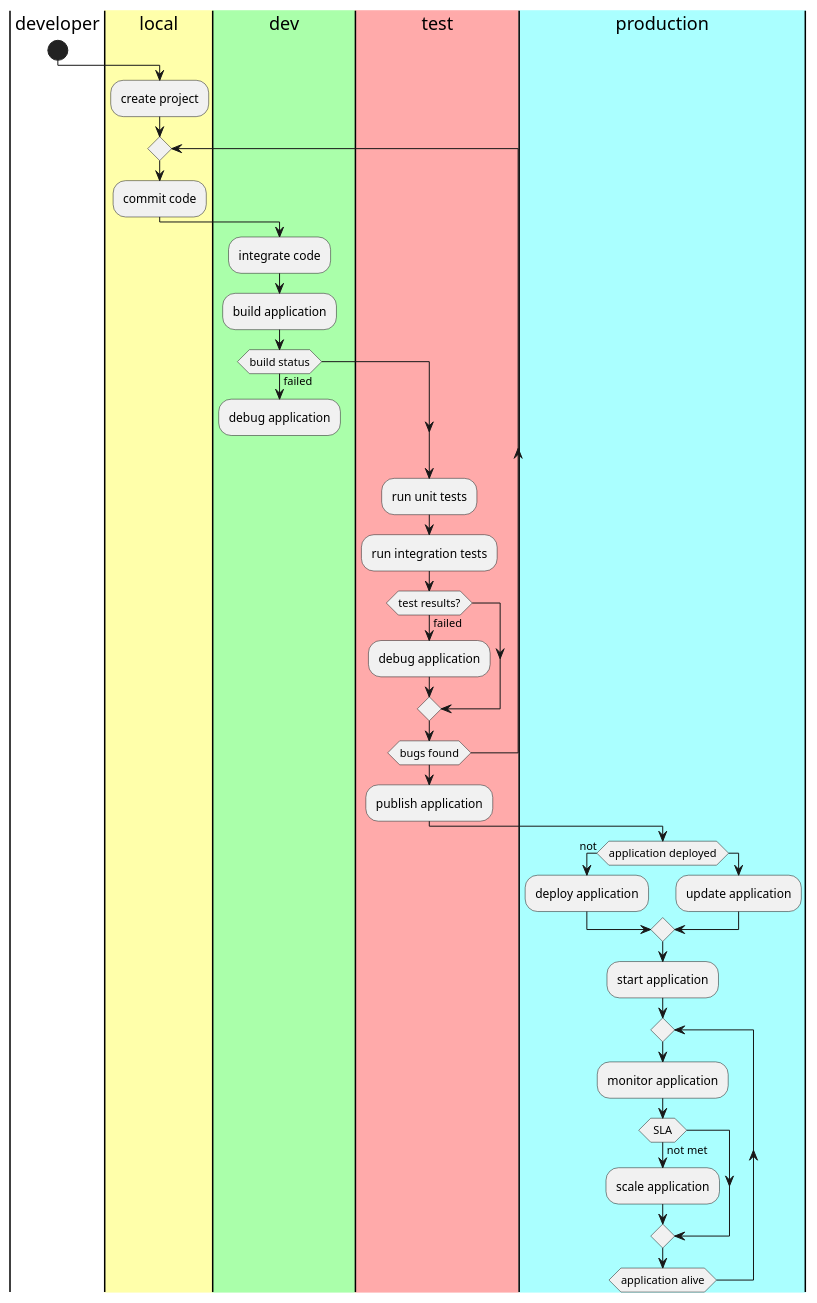
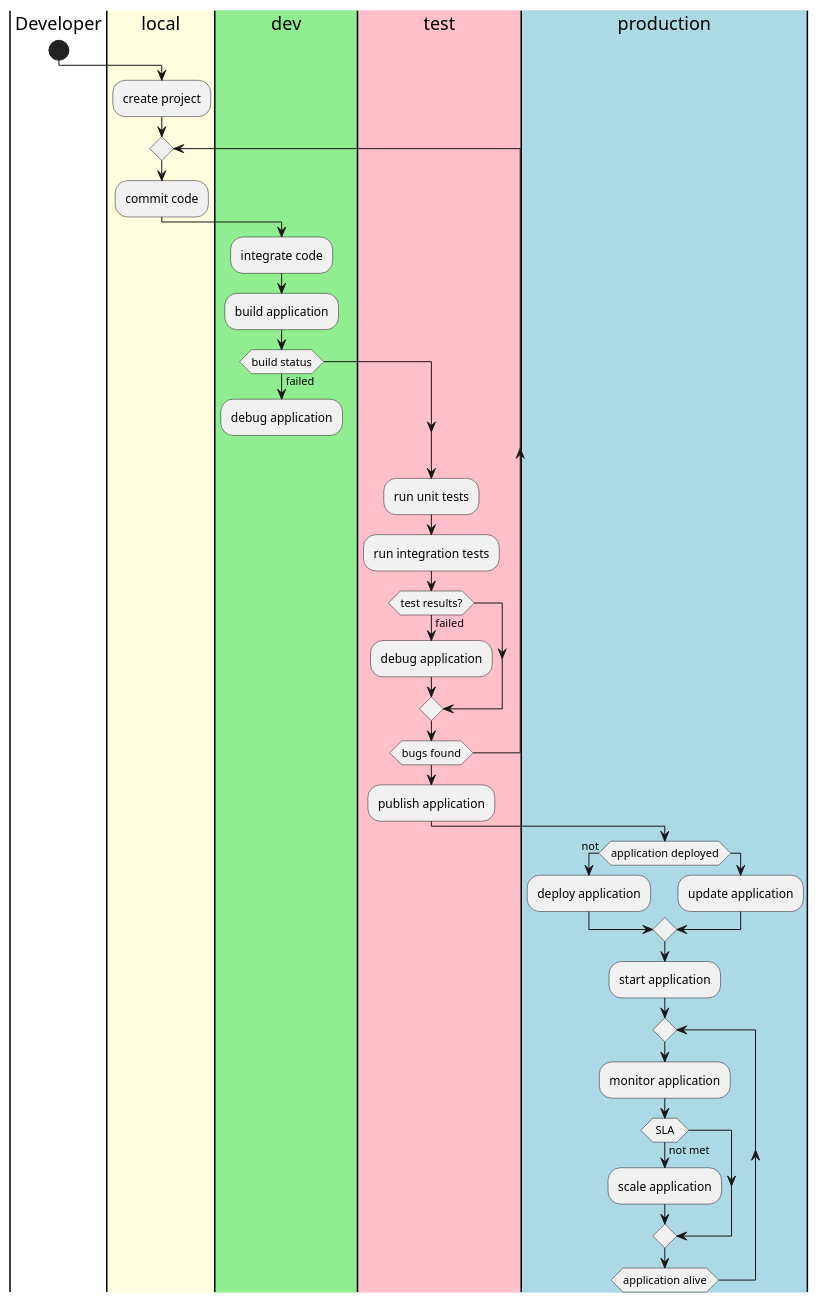
Before and after one commit to CAADE/CAADE: the diagram in docs/Solution/Process.puml, drawn with PlantUML. The commit also changed 487 other files, not shown here.

```diff
--- a/docs/Solution/Process.puml
+++ b/docs/Solution/Process.puml
@@ -1,36 +1,36 @@
 @startuml
-|developer|
+|Developer|
 start
-|#ffffaa|local|
+|#lightyellow|local|
         :create project;
         repeat
         :commit code;
-|#aaffaa|dev|
+|#lightgreen|dev|
         :integrate code;
         :build application;
         if(build status) then (failed)
             :debug application;
             detach
         endif
-|#ffaaaa|test|
+|#pink|test|
         :run unit tests;
         :run integration tests;
         if(test results?) then (failed)
             :debug application;
         endif
         repeat while(bugs found)
         :publish application;
-|#aaffff|production|
+|#lightblue|production|
         if(application deployed) then (not)
             :deploy application;
         else
             :update application;
         endif
         :start application;
         repeat
         :monitor application;
         if(SLA) then (not met)
             :scale application;
         endif
         repeat while(application alive)
 @enduml
```
